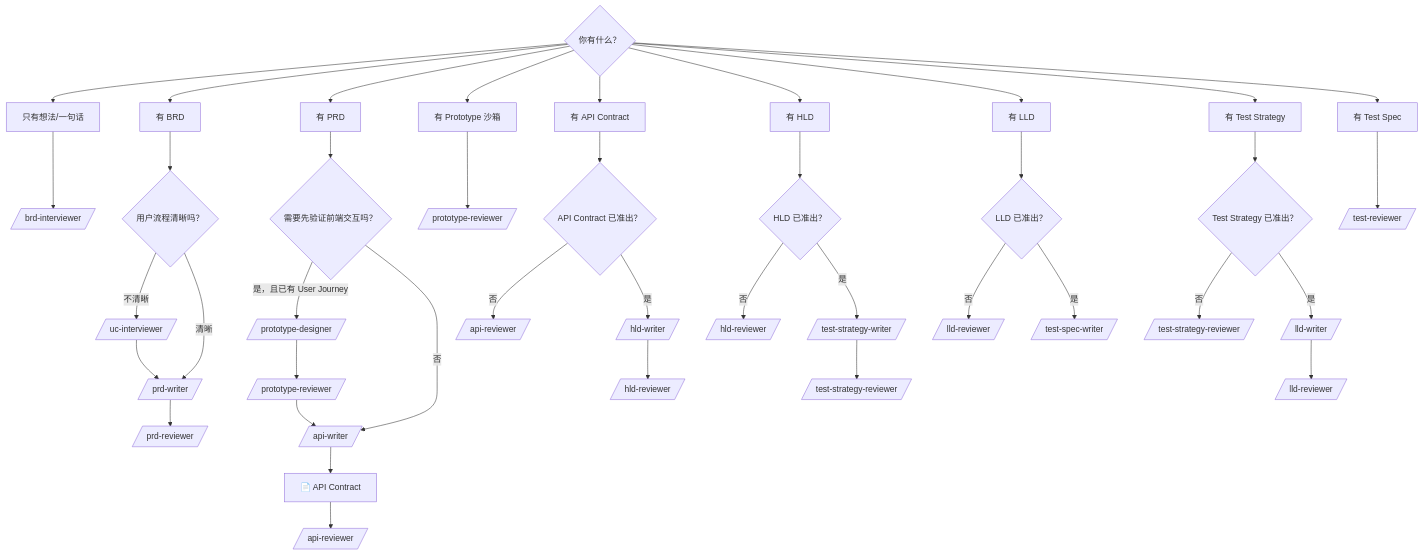
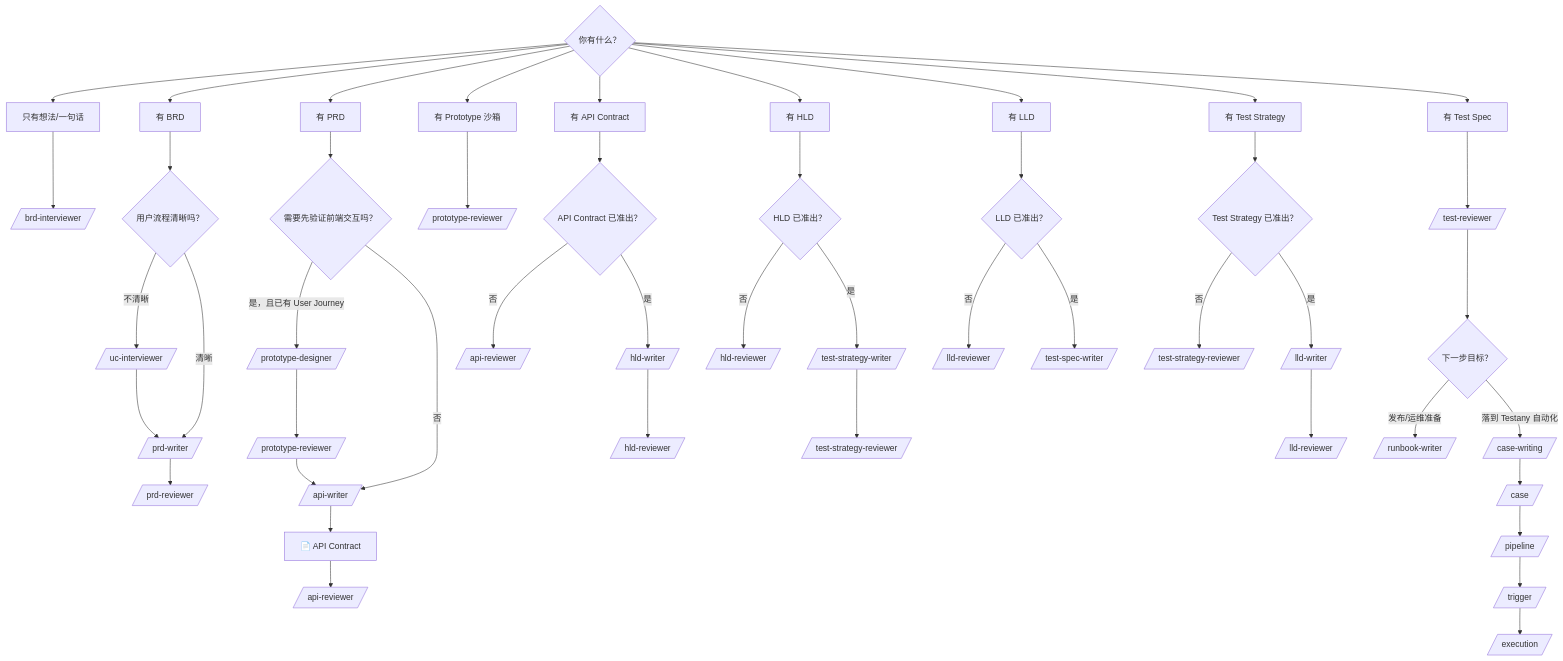
The third of 3 diagrams in plugins/testany-eng/README.md (walternater/testany-agent-skills), drawn with Mermaid before and after one commit. The commit also changed other lines of this file and 39 other files, not shown here.

````diff
--- a/plugins/testany-eng/README.md
+++ b/plugins/testany-eng/README.md
@@ -135,51 +147,58 @@
 ```mermaid
 flowchart TD
     Start{你有什么？} --> A[只有想法/一句话]
     Start --> B[有 BRD]
     Start --> C[有 PRD]
     Start --> D[有 Prototype 沙箱]
     Start --> E[有 API Contract]
     Start --> F[有 HLD]
     Start --> G[有 LLD]
     Start --> H[有 Test Strategy]
     Start --> I[有 Test Spec]
 
     A --> A1[/brd-interviewer/]
 
     B --> B1{用户流程清晰吗？}
     B1 -->|不清晰| B2[/uc-interviewer/]
     B1 -->|清晰| B4[/prd-writer/]
     B2 --> B4
     B4 --> B6[/prd-reviewer/]
 
     C --> C1{需要先验证前端交互吗？}
     C1 -->|是，且已有 User Journey| C2[/prototype-designer/]
     C2 --> C3[/prototype-reviewer/]
     C3 --> C4[/api-writer/]
     C1 -->|否| C4[/api-writer/]
     C4 --> C5[📄 API Contract]
     C5 --> C6[/api-reviewer/]
 
     D --> D1[/prototype-reviewer/]
 
     E --> E1{API Contract 已准出？}
     E1 -->|否| E2[/api-reviewer/]
     E1 -->|是| E3[/hld-writer/]
     E3 --> E4[/hld-reviewer/]
 
     F --> F1{HLD 已准出？}
     F1 -->|否| F2[/hld-reviewer/]
     F1 -->|是| F3[/test-strategy-writer/]
     F3 --> F4[/test-strategy-reviewer/]
 
     G --> G1{LLD 已准出？}
     G1 -->|否| G2[/lld-reviewer/]
     G1 -->|是| G3[/test-spec-writer/]
 
     H --> H1{Test Strategy 已准出？}
     H1 -->|否| H2[/test-strategy-reviewer/]
     H1 -->|是| H3[/lld-writer/]
     H3 --> H4[/lld-reviewer/]
 
     I --> I1[/test-reviewer/]
+    I1 --> I2{下一步目标？}
+    I2 -->|发布/运维准备| I3[/runbook-writer/]
+    I2 -->|落到 Testany 自动化| I4[/case-writing/]
+    I4 --> I5[/case/]
+    I5 --> I6[/pipeline/]
+    I6 --> I7[/trigger/]
+    I7 --> I8[/execution/]
 ```
````
